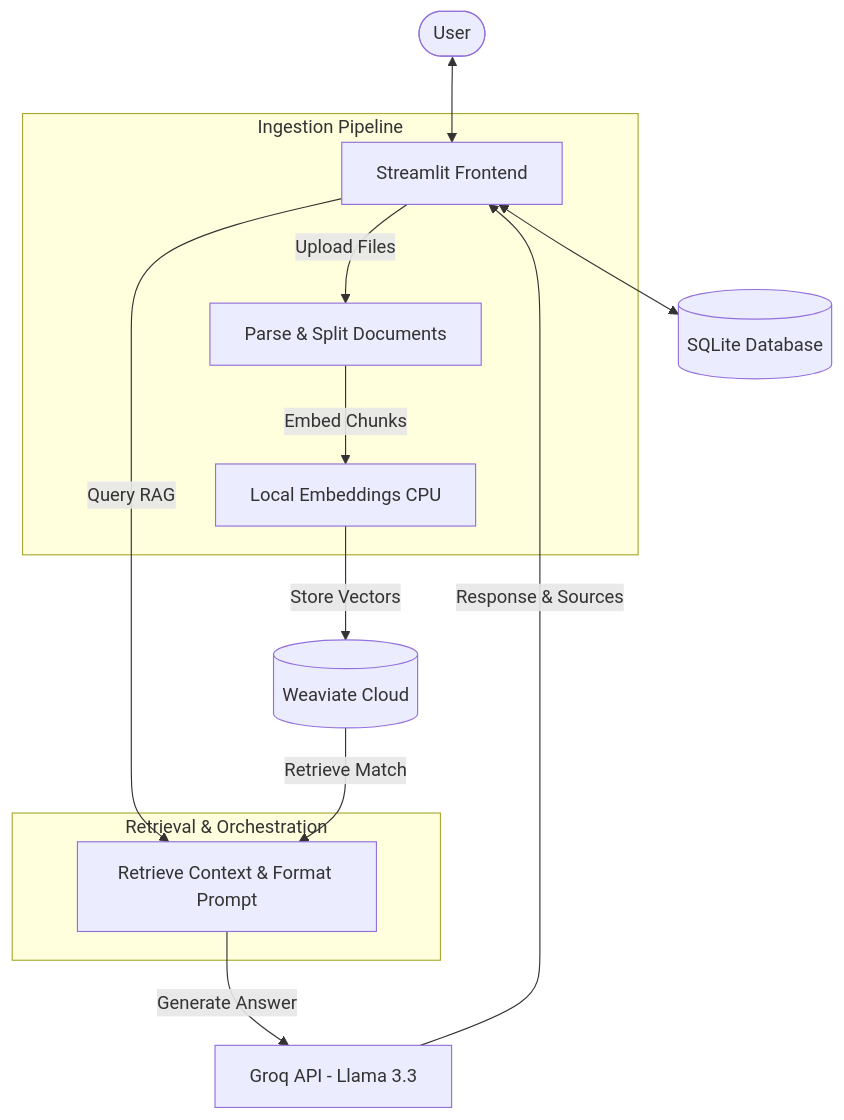
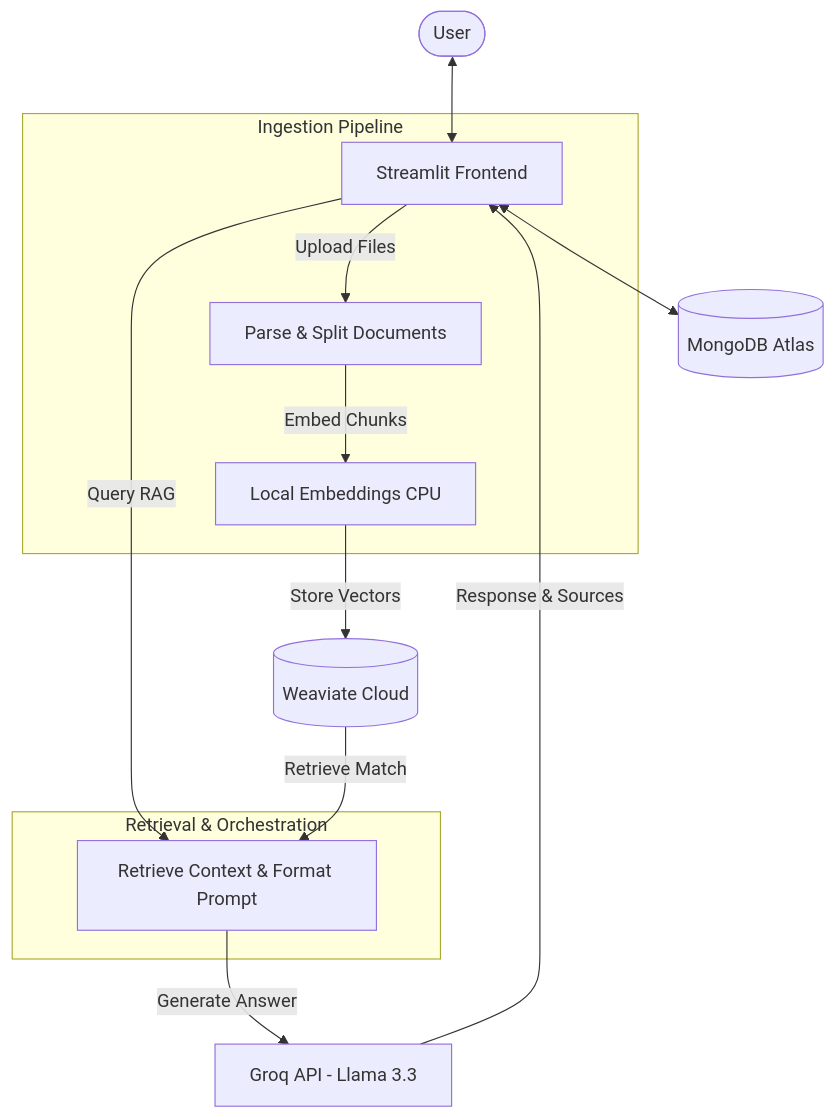
The diagram in README.md (sattyaaa/ChatWithDocs), drawn with Mermaid before and after one commit. The commit also changed other lines of this file, not shown here.

Commit message:
updated architecture

````diff
--- a/README.md
+++ b/README.md
@@ -9,20 +9,20 @@
 ```mermaid
 graph TD
     User([User]) <--> UI[Streamlit Frontend]
-    UI <--> SQLite[(SQLite Database)]
+    UI <--> MongoDB[(MongoDB Atlas)]
     
     subgraph Ingestion Pipeline
         UI -->|Upload Files| Parse[Parse & Split Documents]
         Parse -->|Embed Chunks| Embed[Local Embeddings CPU]
     end
 
     subgraph Retrieval & Orchestration
         UI -->|Query RAG| RAG[Retrieve Context & Format Prompt]
     end
 
     %% External Systems
     Embed -->|Store Vectors| Weaviate[(Weaviate Cloud)]
     Weaviate -->|Retrieve Match| RAG
     RAG -->|Generate Answer| Groq[Groq API - Llama 3.3]
     Groq -->|Response & Sources| UI
 ```
````
